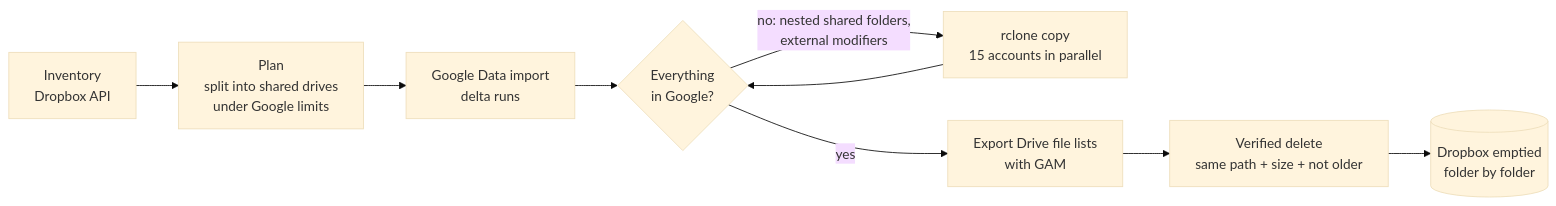
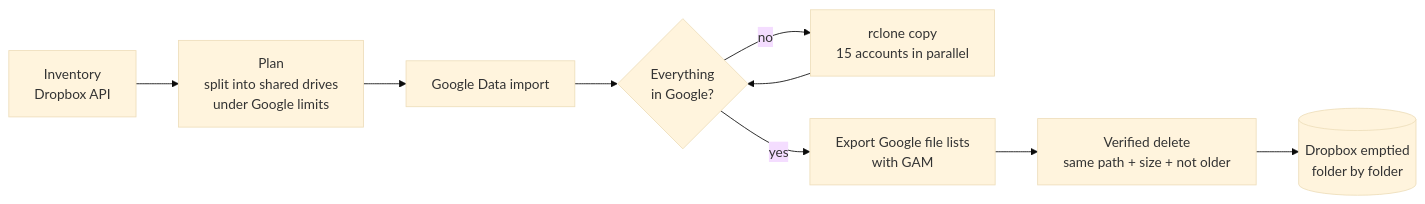
Before and after one commit to jared9037/dropbox-to-google-workspace-migration: the diagram in README.md, drawn with Mermaid (base theme). The commit also changed other lines of this file and 26 other files, not shown here.

````diff
--- a/README.md
+++ b/README.md
@@ -23,11 +22,11 @@
 ```mermaid
 flowchart LR
     A[Inventory<br/>Dropbox API] --> B[Plan<br/>split into shared drives<br/>under Google limits]
-    B --> C[Google Data import<br/>delta runs]
+    B --> C[Google Data import]
     C --> D{Everything<br/>in Google?}
-    D -- no: nested shared folders,<br/>external modifiers --> E[rclone copy<br/>15 accounts in parallel]
+    D -- no --> E[rclone copy<br/>15 accounts in parallel]
     E --> D
-    D -- yes --> F[Export Drive file lists<br/>with GAM]
+    D -- yes --> F[Export Google file lists<br/>with GAM]
     F --> G[Verified delete<br/>same path + size + not older]
     G --> H[(Dropbox emptied<br/>folder by folder)]
 ```
````
